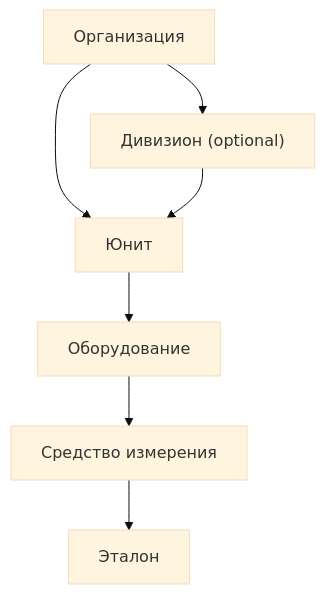
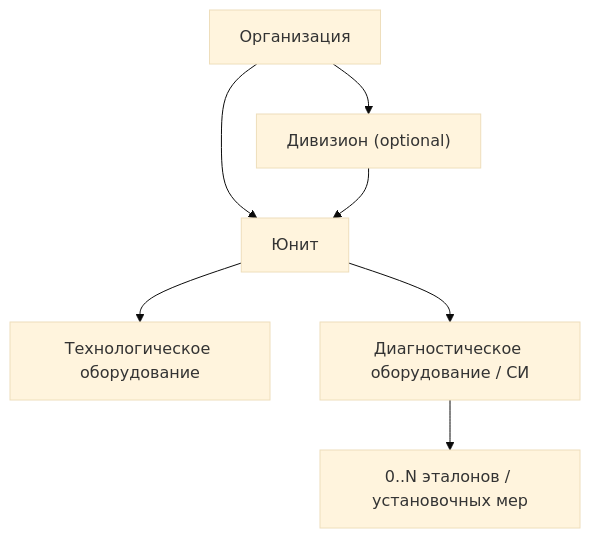
Before and after one commit to vrk-app/vrk: the fourth of 13 diagrams in docs/architecture/identity-master-data.md, drawn with Mermaid (base theme). The commit also changed other lines of this file and 196 other files, not shown here.

````diff
--- a/docs/architecture/identity-master-data.md
+++ b/docs/architecture/identity-master-data.md
@@ -138,9 +138,9 @@
 ```mermaid
 flowchart TD
     A["Организация"] --> B["Дивизион (optional)"]
     A --> C["Юнит"]
     B --> C
-    C --> D["Оборудование"]
-    D --> E["Средство измерения"]
-    E --> F["Эталон"]
+    C --> D["Технологическое оборудование"]
+    C --> E["Диагностическое оборудование / СИ"]
+    E --> F["0..N эталонов / установочных мер"]
 ```
````
